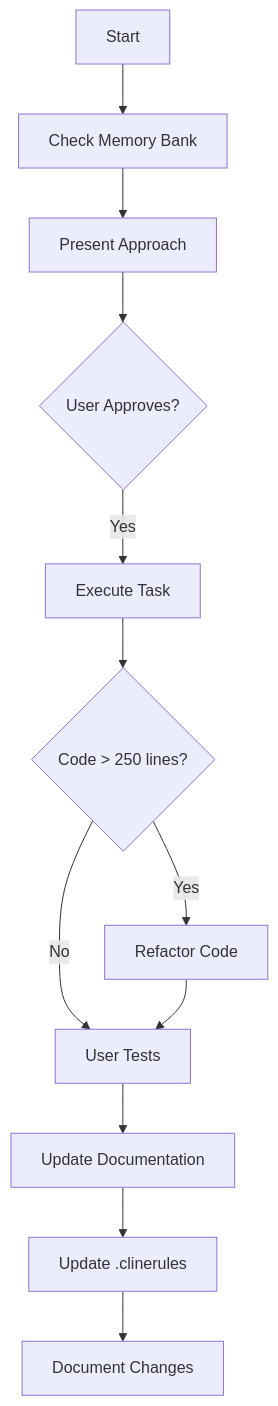
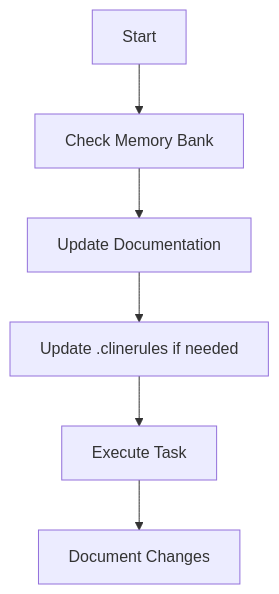
Before and after one commit to Inkmortal/LLM_Benchmarking: the third of 5 diagrams in Dan_Notes/Cline_Instructions.md, drawn with Mermaid. The commit also changed other lines of this file and 11 other files, not shown here.

Commit message:
implemented inital graphrag

````diff
--- a/Dan_Notes/Cline_Instructions.md
+++ b/Dan_Notes/Cline_Instructions.md
@@ -111,14 +106,8 @@
 ```mermaid
 flowchart TD
     Start[Start] --> Context[Check Memory Bank]
-    Context --> Present[Present Approach]
-    Present --> Approve{User Approves?}
-    Approve -->|Yes| Execute[Execute Task]
-    Execute --> CodeCheck{Code > 250 lines?}
-    CodeCheck -->|Yes| Refactor[Refactor Code]
-    CodeCheck -->|No| Test[User Tests]
-    Refactor --> Test
-    Test --> Update[Update Documentation]
-    Update --> Rules[Update .clinerules]
-    Rules --> Document[Document Changes]
+    Context --> Update[Update Documentation]
+    Update --> Rules[Update .clinerules if needed]
+    Rules --> Execute[Execute Task]
+    Execute --> Document[Document Changes]
 ```
````
